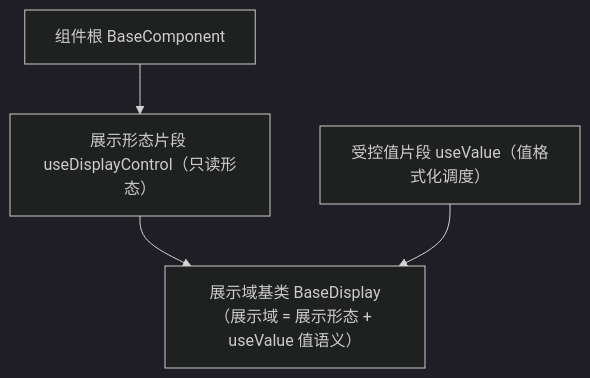
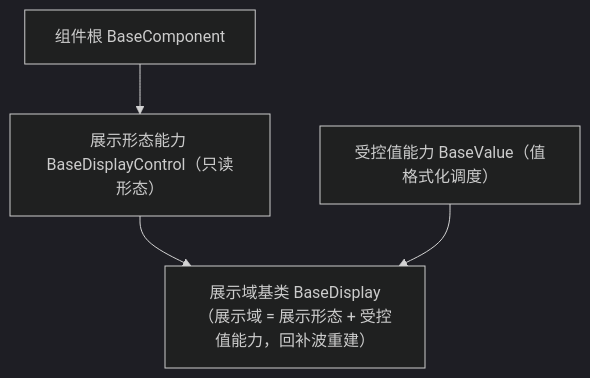
Before and after one commit to minjian123/basic-management-system: the diagram in bms文档/设计/组件设计/02_基础组件类/02_能力片段/03_组件设计_展示形态片段/03_组件设计_展示形态片段.md, drawn with Mermaid (dark theme). The commit also changed other lines of this file and 49 other files, not shown here.

````diff
--- a/bms文档/设计/组件设计/02_基础组件类/02_能力片段/03_组件设计_展示形态片段/03_组件设计_展示形态片段.md
+++ b/bms文档/设计/组件设计/02_基础组件类/02_能力片段/03_组件设计_展示形态片段/03_组件设计_展示形态片段.md
@@ -15,6 +15,6 @@
 ```mermaid
 flowchart TD
-    COMP["组件根 BaseComponent"] --> DC["展示形态片段 useDisplayControl（只读形态）"]
-    DC --> D["展示域基类 BaseDisplay（展示域 = 展示形态 + useValue 值语义）"]
-    HV["受控值片段 useValue（值格式化调度）"] --> D
+    COMP["组件根 BaseComponent"] --> DC["展示形态能力 BaseDisplayControl（只读形态）"]
+    DC --> D["展示域基类 BaseDisplay（展示域 = 展示形态 + 受控值能力，回补波重建）"]
+    HV["受控值能力 BaseValue（值格式化调度）"] --> D
 ```
````
